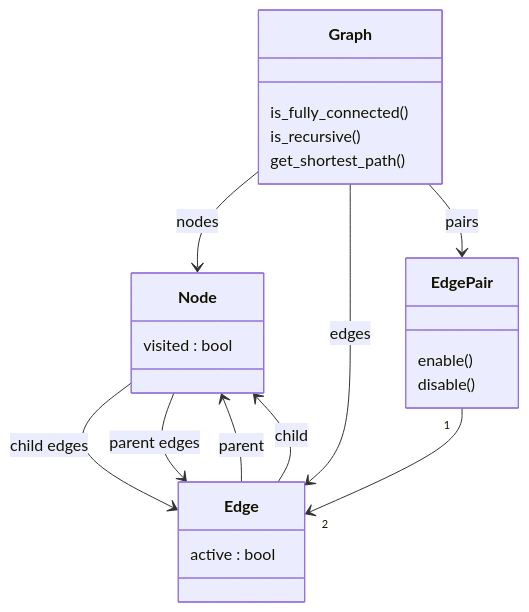
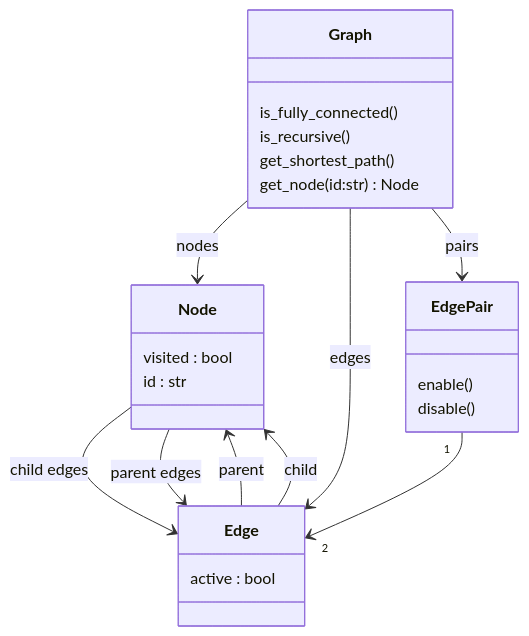
The third of 5 diagrams in hello_maze/readme.md (fvbakel/brilliant), drawn with Mermaid before and after one commit. The commit also changed other lines of this file and 4 other files, not shown here.

````diff
--- a/hello_maze/readme.md
+++ b/hello_maze/readme.md
@@ -69,33 +69,35 @@
 ```mermaid
   classDiagram
 
     class Graph {
         is_fully_connected()
         is_recursive()
         get_shortest_path()
+        get_node(id:str) Node
     }
     class Node {
         visited : bool
+        id : str
     }
     class Edge {
         active : bool
     }
     class EdgePair {
         enable()
         disable()
     }
 
     Graph  --> Node : nodes
     Graph -->  Edge : edges
     Graph -->  EdgePair : pairs
     
     Node  -->  Edge : child edges
     Node  -->  Edge : parent edges
 
     Edge  -->  Node : parent
     Edge  -->  Node : child
 
     EdgePair "1" --> "2" Edge
 
 
 ```
````
